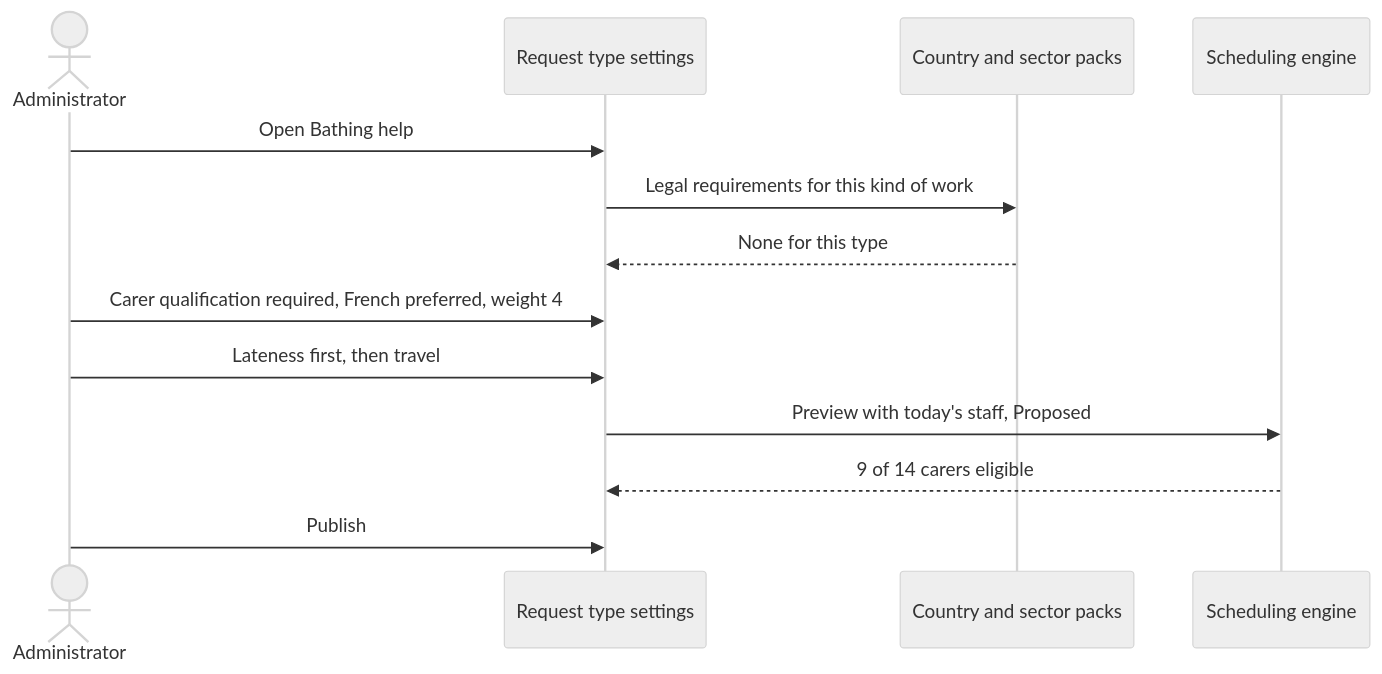
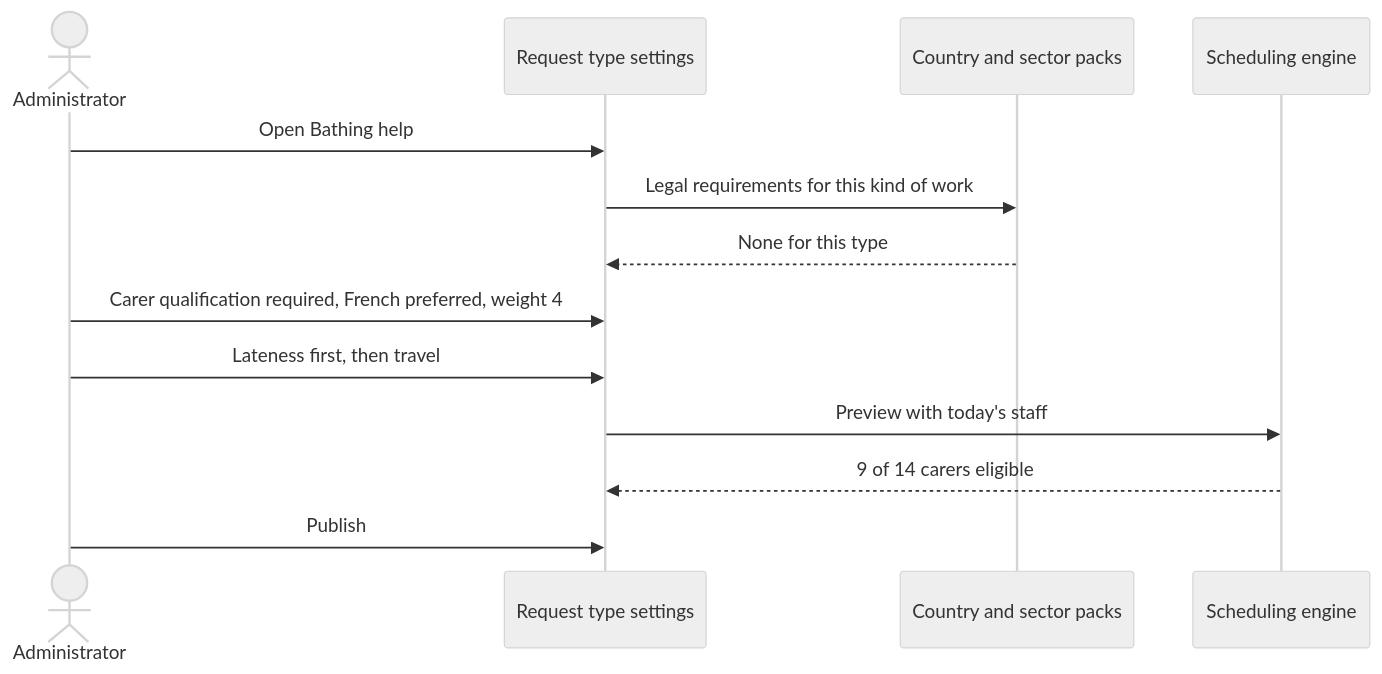
The second of 2 diagrams in docs/specs/02-functional/f02-no-code-configuration/flows/fl-f02-12-set-up-request-types.md (gpbcom/SimpleERP), drawn with Mermaid (neutral theme) before and after one commit. The commit also changed other lines of this file and 8816 other files, not shown here.

````diff
--- a/docs/specs/02-functional/f02-no-code-configuration/flows/fl-f02-12-set-up-request-types.md
+++ b/docs/specs/02-functional/f02-no-code-configuration/flows/fl-f02-12-set-up-request-types.md
@@ -44,15 +44,15 @@
 ```mermaid
 sequenceDiagram
   actor A as Administrator
   participant S as Request type settings
   participant K as Country and sector packs
   participant E as Scheduling engine
   A->>S: Open Bathing help
   S->>K: Legal requirements for this kind of work
   K-->>S: None for this type
   A->>S: Carer qualification required, French preferred, weight 4
   A->>S: Lateness first, then travel
-  S->>E: Preview with today's staff, Proposed
+  S->>E: Preview with today's staff
   E-->>S: 9 of 14 carers eligible
   A->>S: Publish
 ```
````
